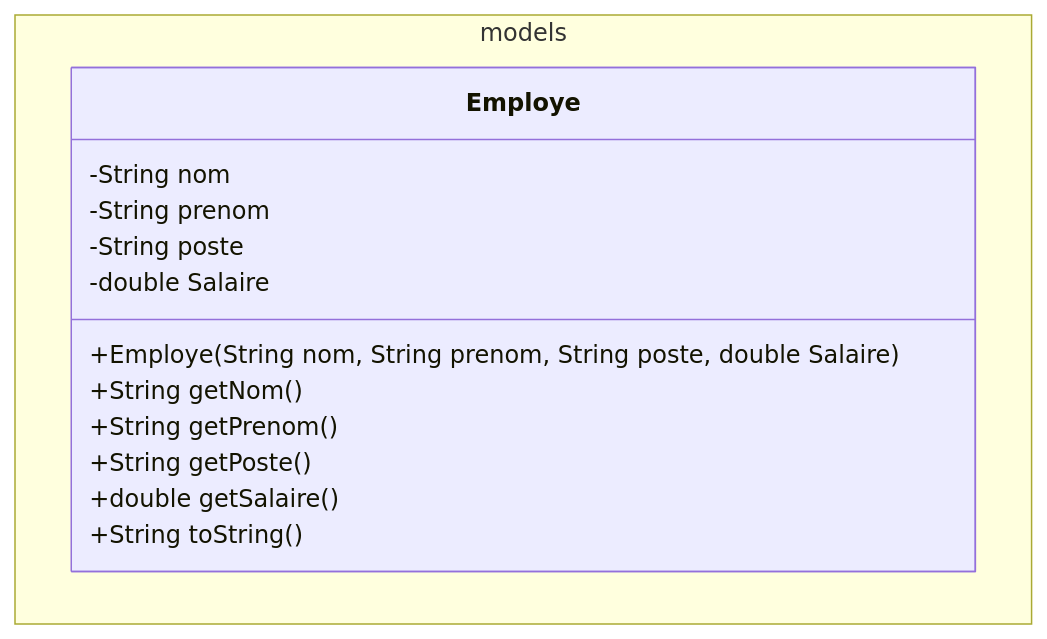
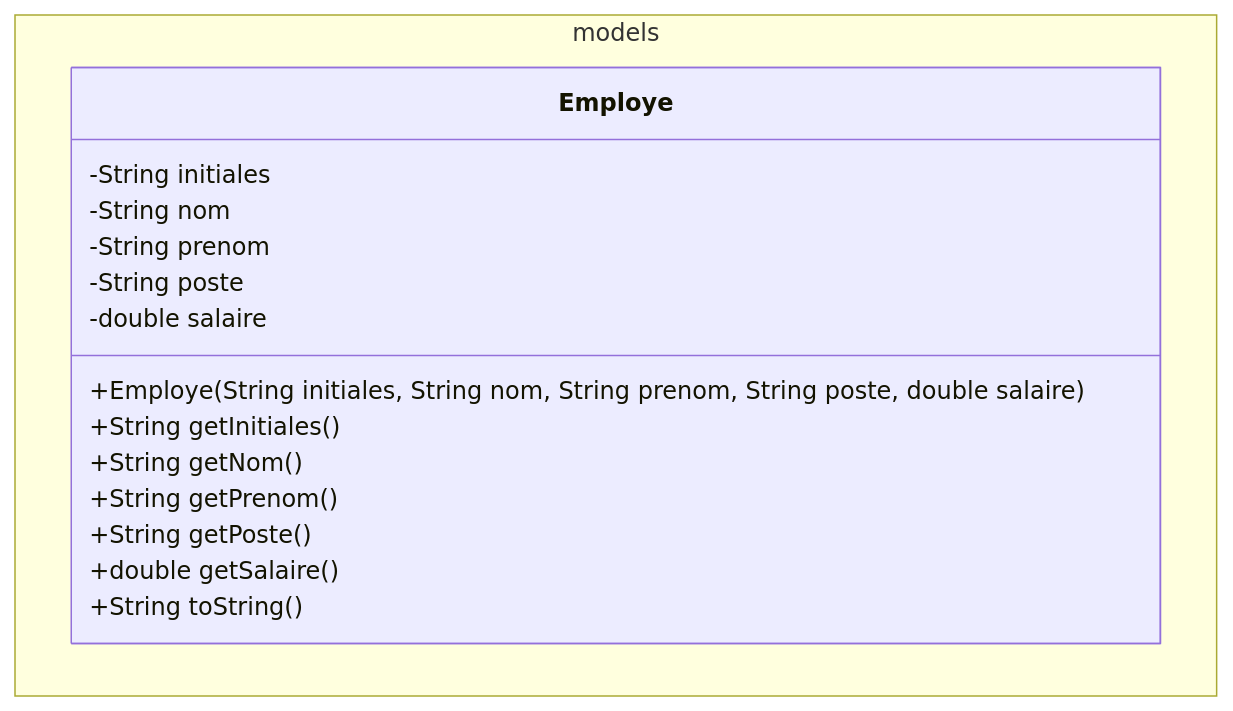
One commit to emf-info-d400/2023-2024-E3-Startuuup changed the first of 2 diagrams in README.md. Above: the diagram before and after it, drawn with Mermaid. The commit also changed other lines of this file, not shown here.

````diff
--- a/README.md
+++ b/README.md
@@ -18,20 +21,22 @@
 ```mermaid
 classDiagram
 
 namespace models {
 
     class Employe {
+        -String initiales
         -String nom
         -String prenom
         -String poste
-        -double Salaire
-        +Employe(String nom, String prenom, String poste, double Salaire)
+        -double salaire
+        +Employe(String initiales, String nom, String prenom, String poste, double salaire)
+        +String getInitiales()
         +String getNom()
         +String getPrenom()
         +String getPoste()
         +double getSalaire()
         +String toString()
     }
 
 }
 ```
````
